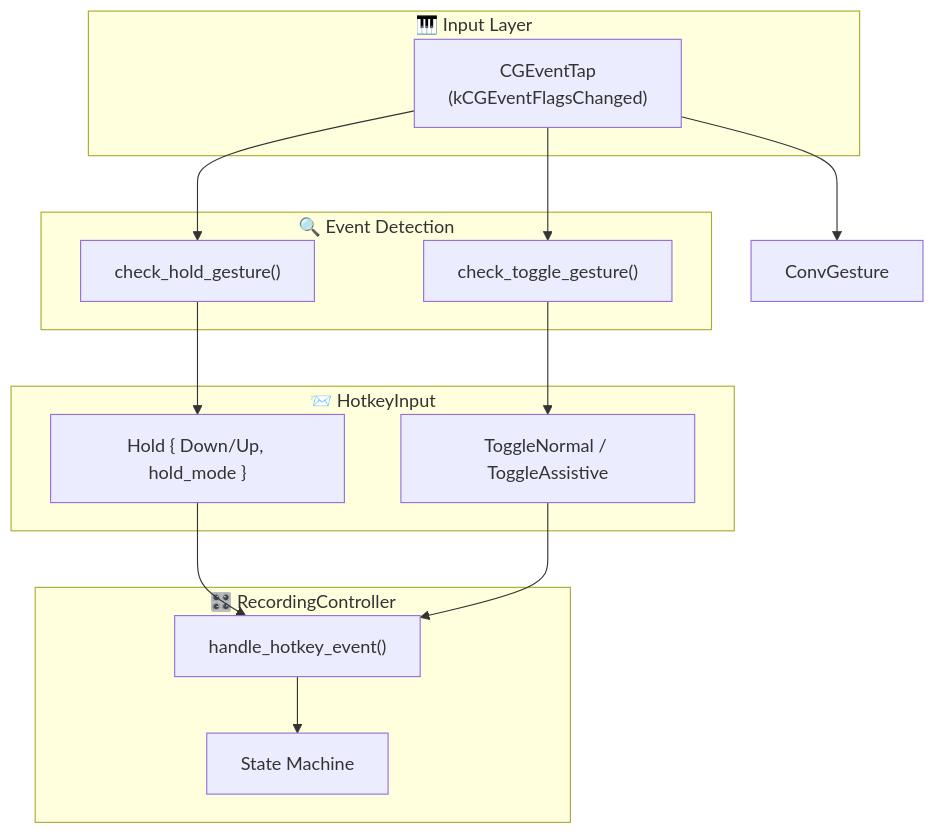
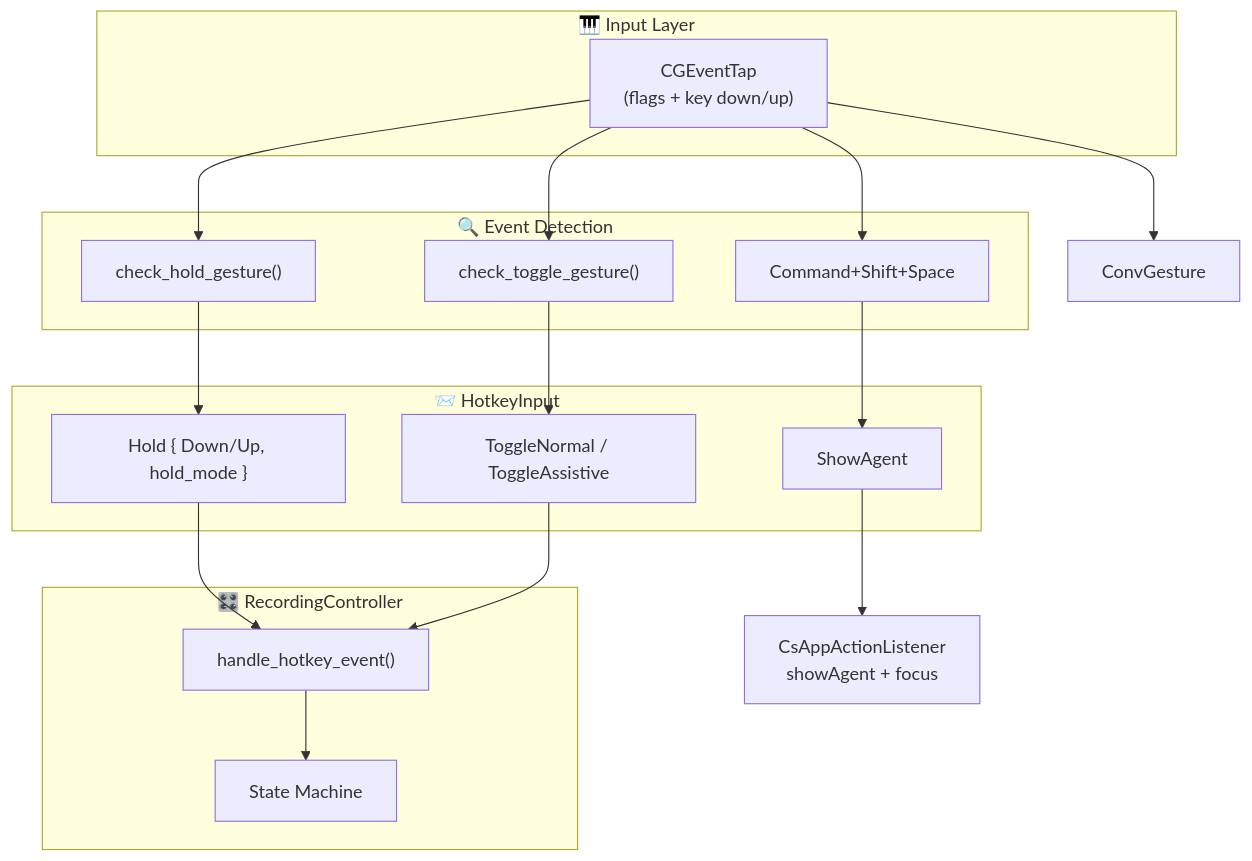
Before and after one commit to vetcoders/codescribe: the first of 6 diagrams in docs/HOTKEYS_CONTRACT.md, drawn with Mermaid. The commit also changed other lines of this file and 8 other files, not shown here.

````diff
--- a/docs/HOTKEYS_CONTRACT.md
+++ b/docs/HOTKEYS_CONTRACT.md
@@ -20,32 +33,37 @@
 ```mermaid
 flowchart TB
     subgraph Input["🎹 Input Layer"]
-        CGEventTap["CGEventTap<br/>(kCGEventFlagsChanged)"]
+        CGEventTap["CGEventTap<br/>(flags + key down/up)"]
     end
 
     subgraph Detection["🔍 Event Detection"]
         HoldGesture["check_hold_gesture()"]
         ToggleGesture["check_toggle_gesture()"]
+        CommandGesture["Command+Shift+Space"]
     end
 
     subgraph Events["📨 HotkeyInput"]
         HoldEvent["Hold { Down/Up, hold_mode }"]
         ToggleEvent["ToggleNormal / ToggleAssistive"]
+        ShowAgent["ShowAgent"]
     end
 
     subgraph Controller["🎛️ RecordingController"]
         Handler["handle_hotkey_event()"]
         StateMachine["State Machine"]
     end
 
     CGEventTap --> HoldGesture
     CGEventTap --> ToggleGesture
     CGEventTap --> ConvGesture
 
     HoldGesture --> HoldEvent
     ToggleGesture --> ToggleEvent
+    CGEventTap --> CommandGesture
+    CommandGesture --> ShowAgent
     HoldEvent --> Handler
     ToggleEvent --> Handler
+    ShowAgent --> AppAction["CsAppActionListener<br/>showAgent + focus"]
 
     Handler --> StateMachine
 ```
````
